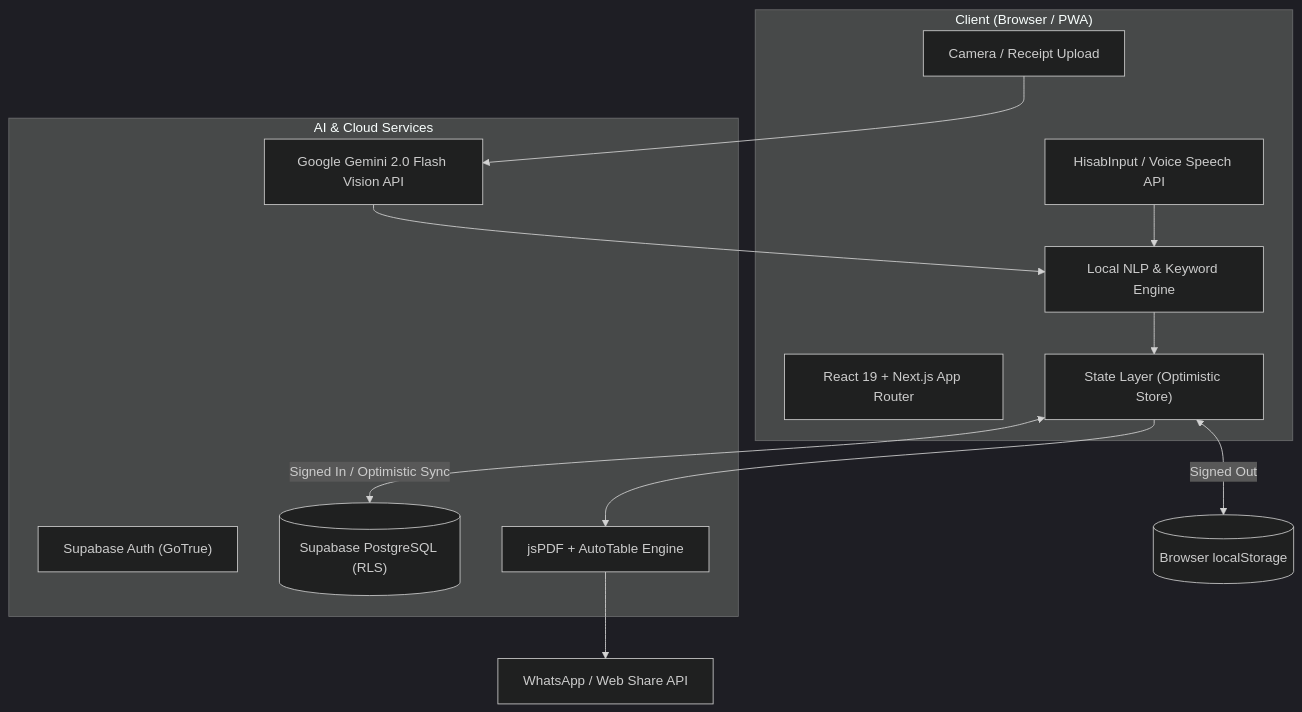
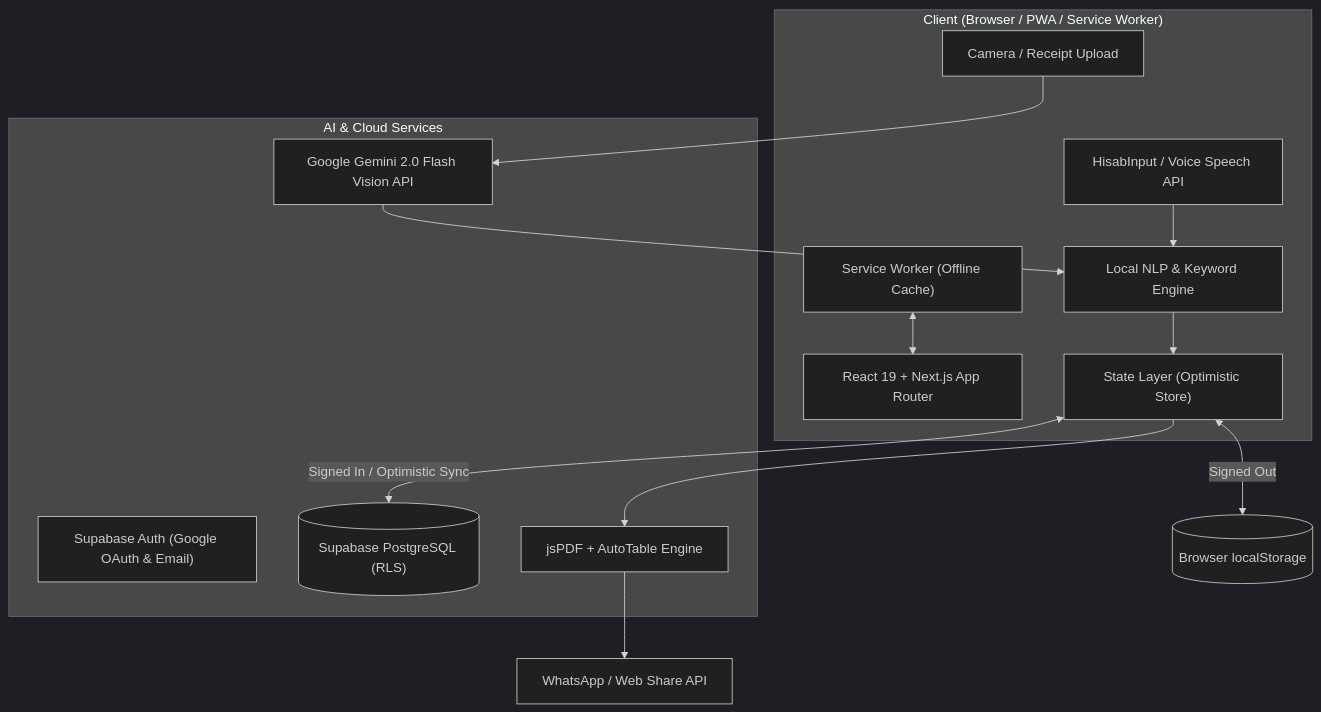
The diagram in README.md (Magraa/Hisab-AI), drawn with Mermaid (dark theme) before and after one commit. The commit also changed other lines of this file, not shown here.

Commit message:
docs: add 260+ avatar showcase grid, PWA offline details, and Google Auth to README

````diff
--- a/README.md
+++ b/README.md
@@ -159,26 +196,28 @@
 ```mermaid
 flowchart TD
-    subgraph Client ["Client (Browser / PWA)"]
+    subgraph Client ["Client (Browser / PWA / Service Worker)"]
         UI["React 19 + Next.js App Router"]
         Input["HisabInput / Voice Speech API"]
         OCR["Camera / Receipt Upload"]
         Parser["Local NLP & Keyword Engine"]
         Store["State Layer (Optimistic Store)"]
+        SW["Service Worker (Offline Cache)"]
     end
 
     subgraph AI_Cloud ["AI & Cloud Services"]
         GeminiAPI["Google Gemini 2.0 Flash Vision API"]
-        SupabaseAuth["Supabase Auth (GoTrue)"]
+        SupabaseAuth["Supabase Auth (Google OAuth & Email)"]
         SupabaseDB[("Supabase PostgreSQL (RLS)")]
         PDFGen["jsPDF + AutoTable Engine"]
     end
 
     Input --> Parser
     OCR --> GeminiAPI
     GeminiAPI --> Parser
     Parser --> Store
     Store <--> |Signed Out| LocalStorage[("Browser localStorage")]
     Store <--> |Signed In / Optimistic Sync| SupabaseDB
     Store --> PDFGen
     PDFGen --> WhatsApp["WhatsApp / Web Share API"]
+    SW <--> UI
 ```
````
